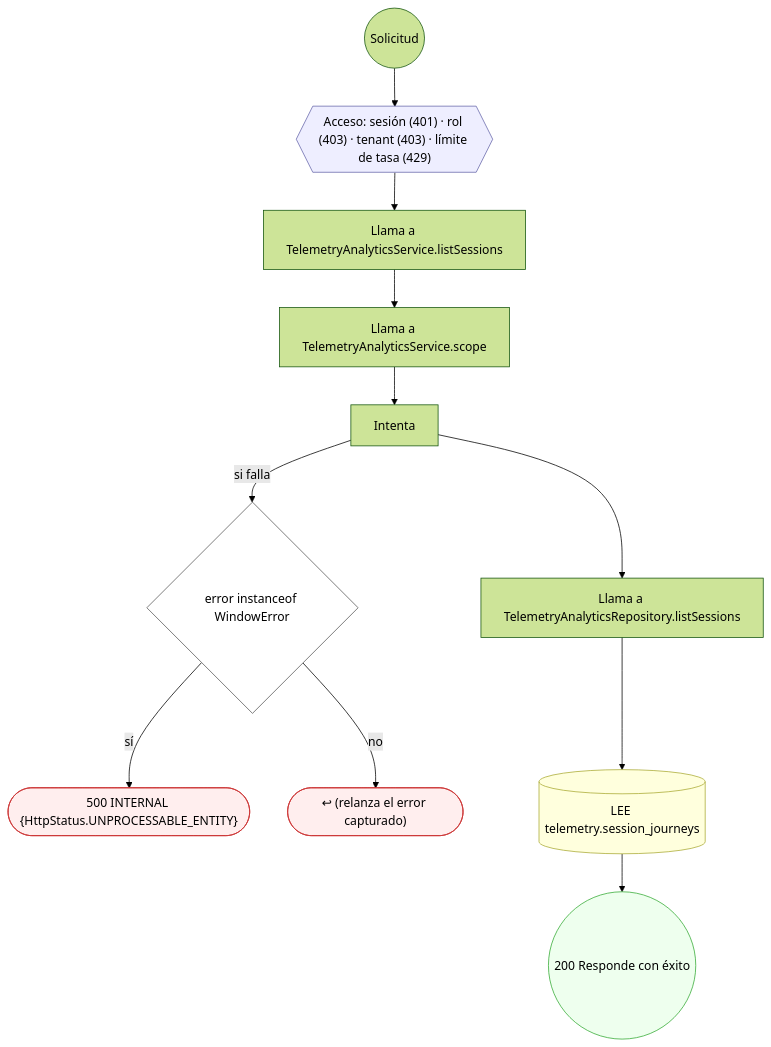
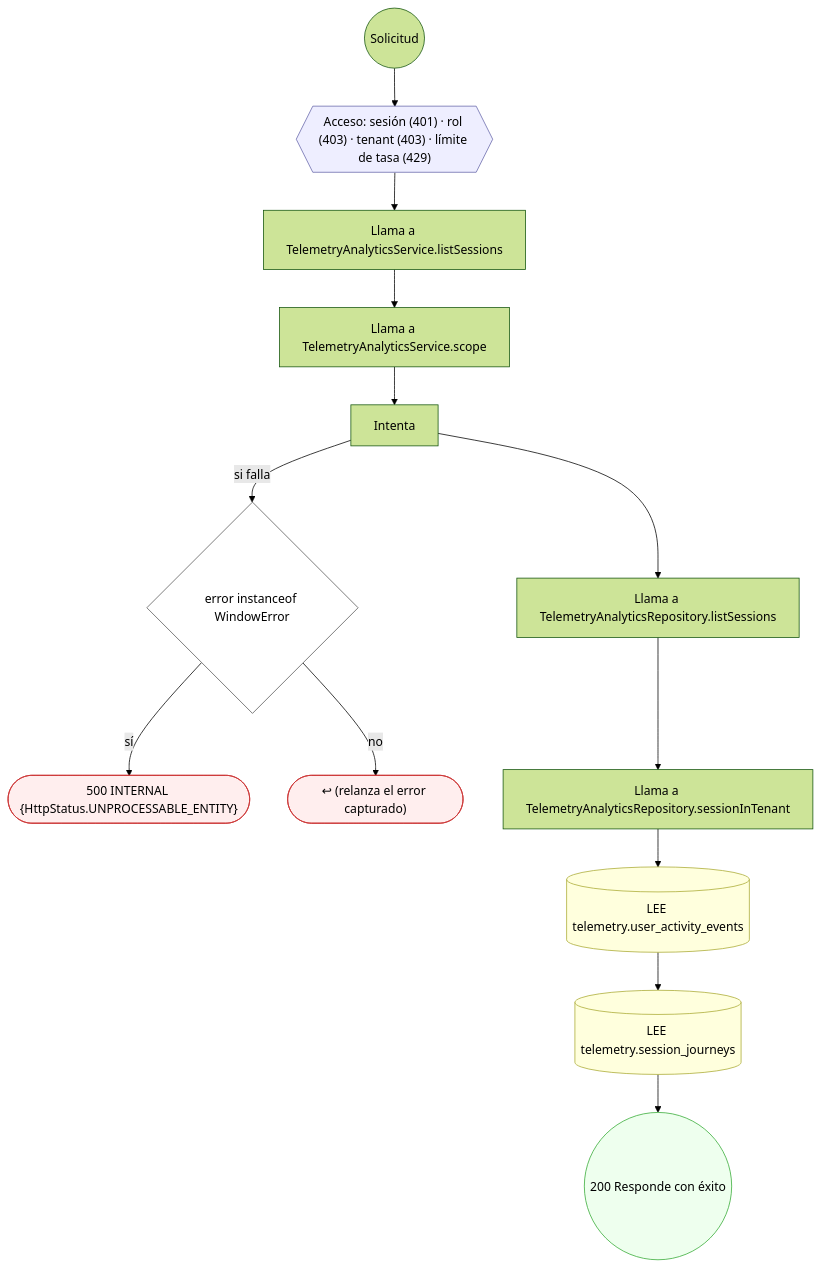
Before and after one commit to mdavila-2001/mantra-core-health-api: the fifth of 20 diagrams in docs/inventario/flujos/telemetry.md, drawn with Mermaid (forest theme). The commit also changed other lines of this file and 438 other files, not shown here.

````diff
--- a/docs/inventario/flujos/telemetry.md
+++ b/docs/inventario/flujos/telemetry.md
@@ -364,30 +392,34 @@
 ```mermaid
 flowchart TD
   n1(("Solicitud")):::inicio
   n2{{"Acceso: sesión (401) · rol (403) · tenant (403) · límite de tasa (429)"}}:::acceso
   n1 --> n2
   n3["Llama a TelemetryAnalyticsService.listSessions"]:::llamada
   n2 --> n3
   n4["Llama a TelemetryAnalyticsService.scope"]:::llamada
   n3 --> n4
   n5["Intenta"]:::intento
   n4 --> n5
   n6{"error instanceof WindowError"}:::decision
   n5 -->|"si falla"| n6
   n7(["500 INTERNAL {HttpStatus.UNPROCESSABLE_ENTITY}"]):::error
   n6 -->|"sí"| n7
   n8(["↩ (relanza el error capturado)"]):::error
   n6 -->|"no"| n8
   n9["Llama a TelemetryAnalyticsRepository.listSessions"]:::llamada
   n5 --> n9
-  n10[("LEE telemetry.session_journeys")]:::efecto
+  n10["Llama a TelemetryAnalyticsRepository.sessionInTenant"]:::llamada
   n9 --> n10
-  n11(("200 Responde con éxito")):::ok
+  n11[("LEE telemetry.user_activity_events")]:::efecto
   n10 --> n11
+  n12[("LEE telemetry.session_journeys")]:::efecto
+  n11 --> n12
+  n13(("200 Responde con éxito")):::ok
+  n12 --> n13
   classDef acceso fill:#eef,stroke:#66a
   classDef error fill:#fee,stroke:#c33
   classDef ok fill:#efe,stroke:#3a3
   classDef efecto fill:#ffd,stroke:#aa3
   classDef decision fill:#fff,stroke:#555
   classDef corte fill:#eee,stroke:#999,stroke-dasharray: 4
 ```
````
